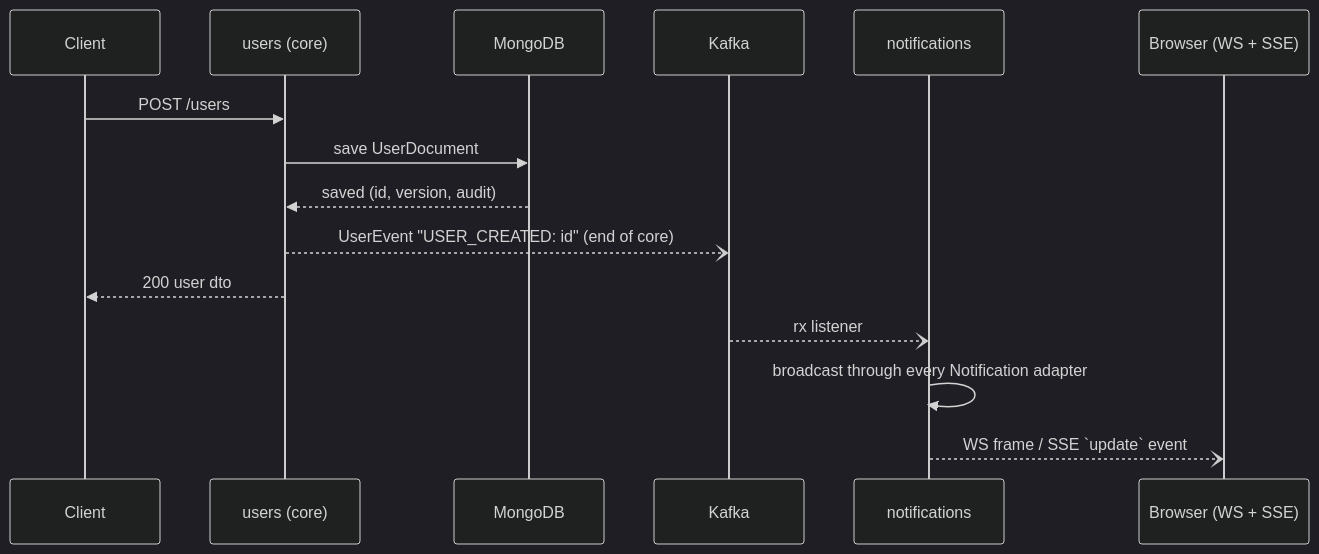
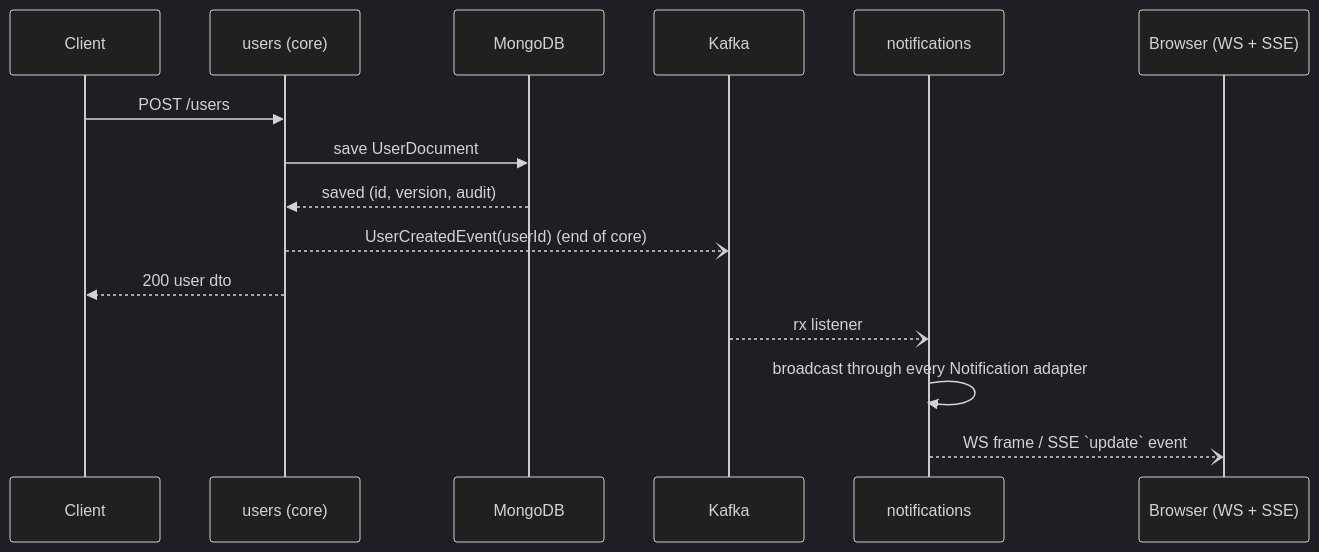
The first of 3 diagrams in docs/adr/0003-application-structure-users-notifications-sample.md (xcodeassociated/spring-reactive-template), drawn with Mermaid (dark theme) before and after one commit. The commit also changed other lines of this file and 40 other files, not shown here.

````diff
--- a/docs/adr/0003-application-structure-users-notifications-sample.md
+++ b/docs/adr/0003-application-structure-users-notifications-sample.md
@@ -58,18 +58,18 @@
 ```mermaid
 sequenceDiagram
     participant C as Client
     participant U as users (core)
     participant DB as MongoDB
     participant K as Kafka
     participant N as notifications
     participant B as Browser (WS + SSE)
 
     C->>U: POST /users
     U->>DB: save UserDocument
     DB-->>U: saved (id, version, audit)
-    U--)K: UserEvent "USER_CREATED: id"   (end of core)
+    U--)K: UserCreatedEvent(userId)   (end of core)
     U-->>C: 200 user dto
     K--)N: rx listener
     N->>N: broadcast through every Notification adapter
     N--)B: WS frame / SSE `update` event
 ```
````
